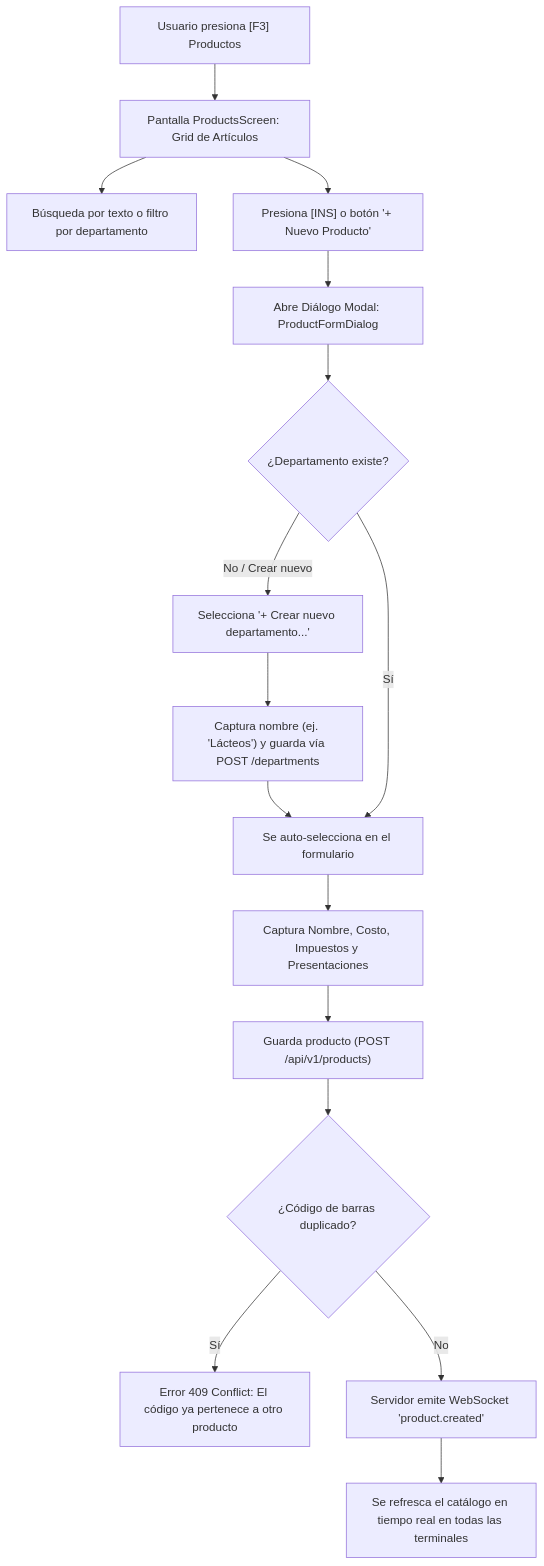
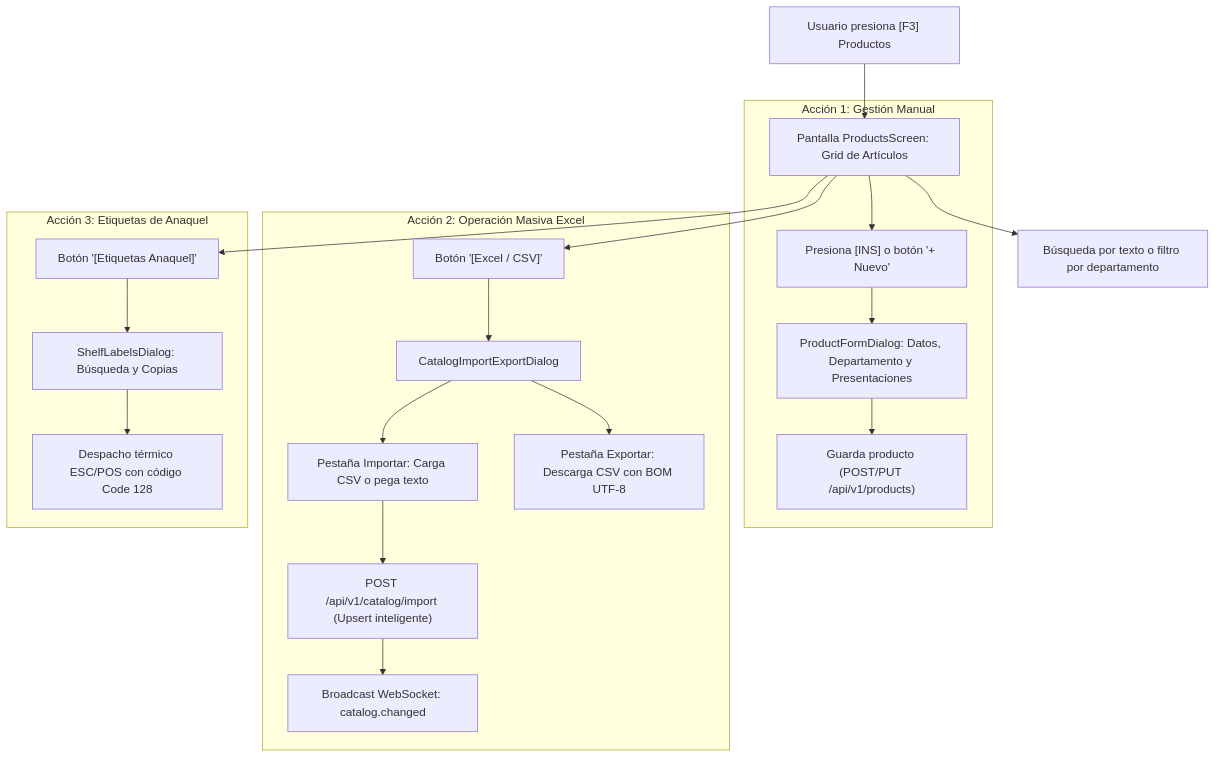
One commit to EddChavez/NexusPOS changed the diagram in docs/features/catalog-inventory.md. Above: the diagram before and after it, drawn with Mermaid. The commit also changed other lines of this file and 8 other files, not shown here.

````diff
--- a/docs/features/catalog-inventory.md
+++ b/docs/features/catalog-inventory.md
@@ -45,21 +51,26 @@
 ```mermaid
 flowchart TD
     Start["Usuario presiona [F3] Productos"] --> Screen["Pantalla ProductsScreen: Grid de Artículos"]
     Screen --> Search["Búsqueda por texto o filtro por departamento"]
     
-    Screen --> ActionAdd["Presiona [INS] o botón '+ Nuevo Producto'"]
-    ActionAdd --> OpenForm["Abre Diálogo Modal: ProductFormDialog"]
-    
-    OpenForm --> CheckDept{"¿Departamento existe?"}
-    CheckDept -- "No / Crear nuevo" --> QuickDept["Selecciona '+ Crear nuevo departamento...'"]
-    QuickDept --> PromptName["Captura nombre (ej. 'Lácteos') y guarda vía POST /departments"]
-    PromptName --> SelectDept["Se auto-selecciona en el formulario"]
-    CheckDept -- "Sí" --> SelectDept
-    
-    SelectDept --> FillProduct["Captura Nombre, Costo, Impuestos y Presentaciones"]
-    FillProduct --> SaveProd["Guarda producto (POST /api/v1/products)"]
-    SaveProd --> Validate{"¿Código de barras duplicado?"}
-    Validate -- "Sí" --> ErrDup["Error 409 Conflict: El código ya pertenece a otro producto"]
-    Validate -- "No" --> Broadcast["Servidor emite WebSocket 'product.created'"]
-    Broadcast --> RefreshUI["Se refresca el catálogo en tiempo real en todas las terminales"]
+    subgraph S1 ["Acción 1: Gestión Manual"]
+        Screen --> ActionAdd["Presiona [INS] o botón '+ Nuevo'"]
+        ActionAdd --> OpenForm["ProductFormDialog: Datos, Departamento y Presentaciones"]
+        OpenForm --> SaveProd["Guarda producto (POST/PUT /api/v1/products)"]
+    end
+
+    subgraph S2 ["Acción 2: Operación Masiva Excel"]
+        Screen --> ActionImport["Botón '[Excel / CSV]'"]
+        ActionImport --> OpenImport["CatalogImportExportDialog"]
+        OpenImport --> ExportTab["Pestaña Exportar: Descarga CSV con BOM UTF-8"]
+        OpenImport --> ImportTab["Pestaña Importar: Carga CSV o pega texto"]
+        ImportTab --> PostImport["POST /api/v1/catalog/import (Upsert inteligente)"]
+        PostImport --> RefreshCatalog["Broadcast WebSocket: catalog.changed"]
+    end
+
+    subgraph S3 ["Acción 3: Etiquetas de Anaquel"]
+        Screen --> ActionLabels["Botón '[Etiquetas Anaquel]'"]
+        ActionLabels --> OpenLabels["ShelfLabelsDialog: Búsqueda y Copias"]
+        OpenLabels --> PrintLabels["Despacho térmico ESC/POS con código Code 128"]
+    end
 ```
````
